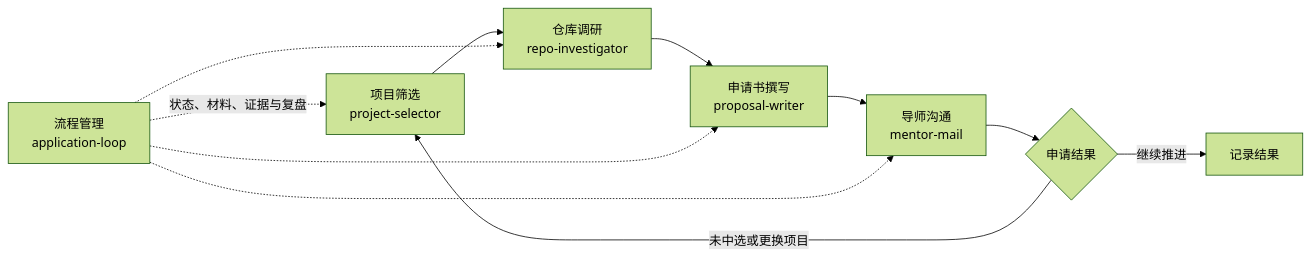
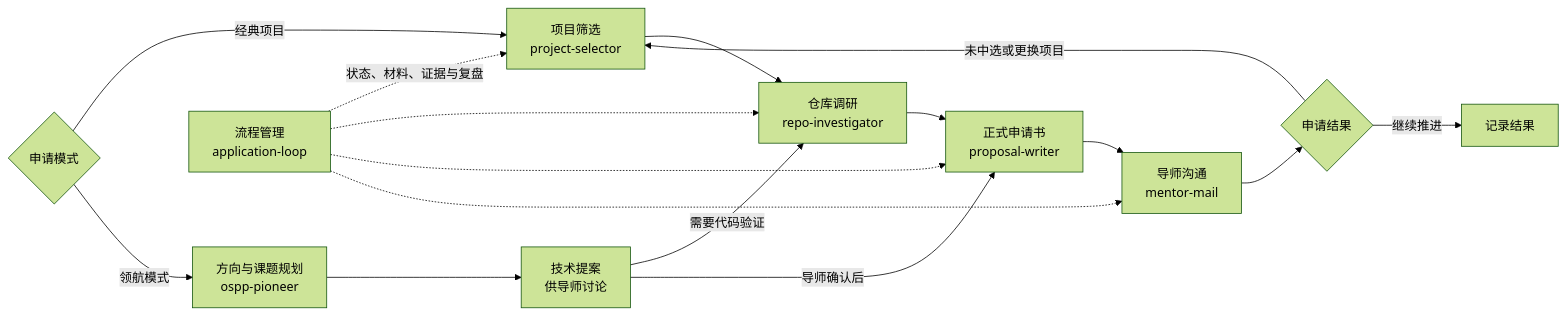
One commit to zlh123123/ospp-application-skills changed the diagram in README.md. Above: the diagram before and after it, drawn with Mermaid (forest theme). The commit also changed other lines of this file and 10 other files, not shown here.

Commit message:
feat: add pioneer mode and deepen proposal drafting

````diff
--- a/README.md
+++ b/README.md
@@ -184,14 +201,20 @@
 ```mermaid
 flowchart LR
-    selector["项目筛选<br/>project-selector"] --> investigator["仓库调研<br/>repo-investigator"]
-    investigator --> proposal["申请书撰写<br/>proposal-writer"]
+    mode{"申请模式"}
+    mode -->|经典项目| selector["项目筛选<br/>project-selector"]
+    selector --> investigator["仓库调研<br/>repo-investigator"]
+    investigator --> proposal["正式申请书<br/>proposal-writer"]
+    mode -->|领航模式| pioneer["方向与课题规划<br/>ospp-pioneer"]
+    pioneer --> pioneerDoc["技术提案<br/>供导师讨论"]
+    pioneerDoc -->|需要代码验证| investigator
+    pioneerDoc -->|导师确认后| proposal
     proposal --> mail["导师沟通<br/>mentor-mail"]
     mail --> result{"申请结果"}
     result -->|继续推进| archive["记录结果"]
     result -->|未中选或更换项目| selector
 
     loop["流程管理<br/>application-loop"] -. 状态、材料、证据与复盘 .-> selector
     loop -.-> investigator
     loop -.-> proposal
     loop -.-> mail
 ```
````
